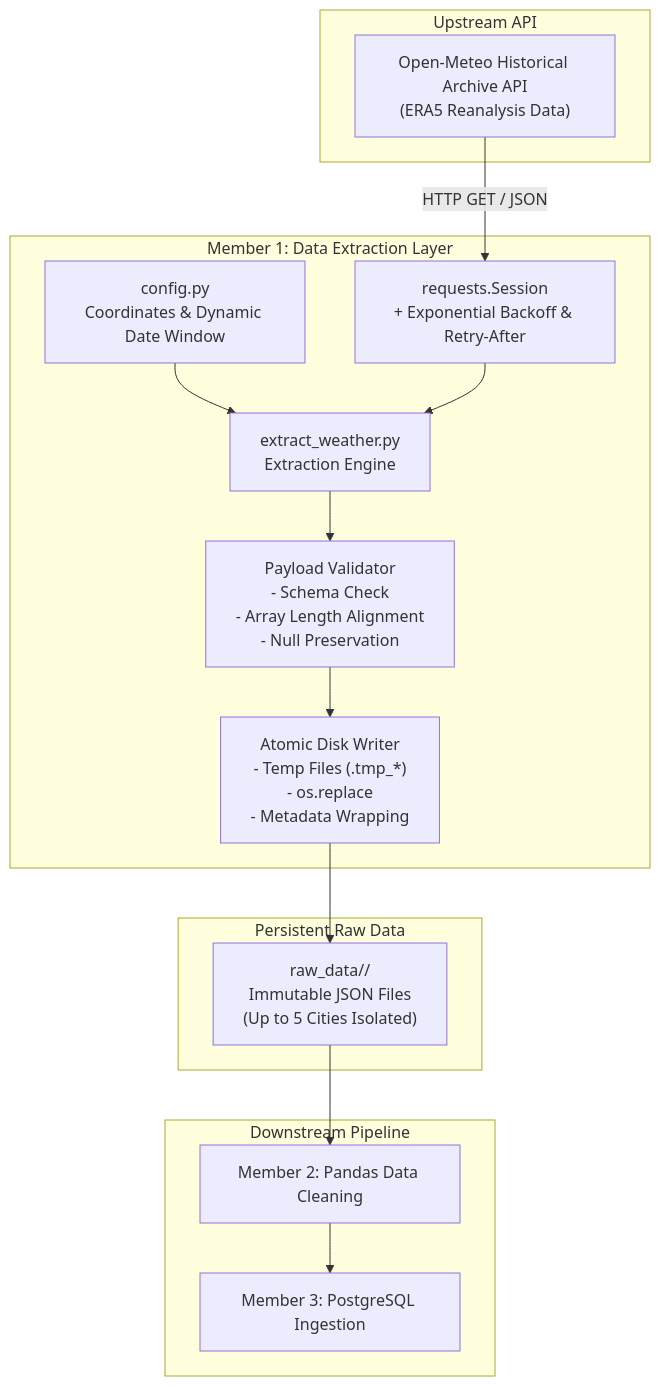
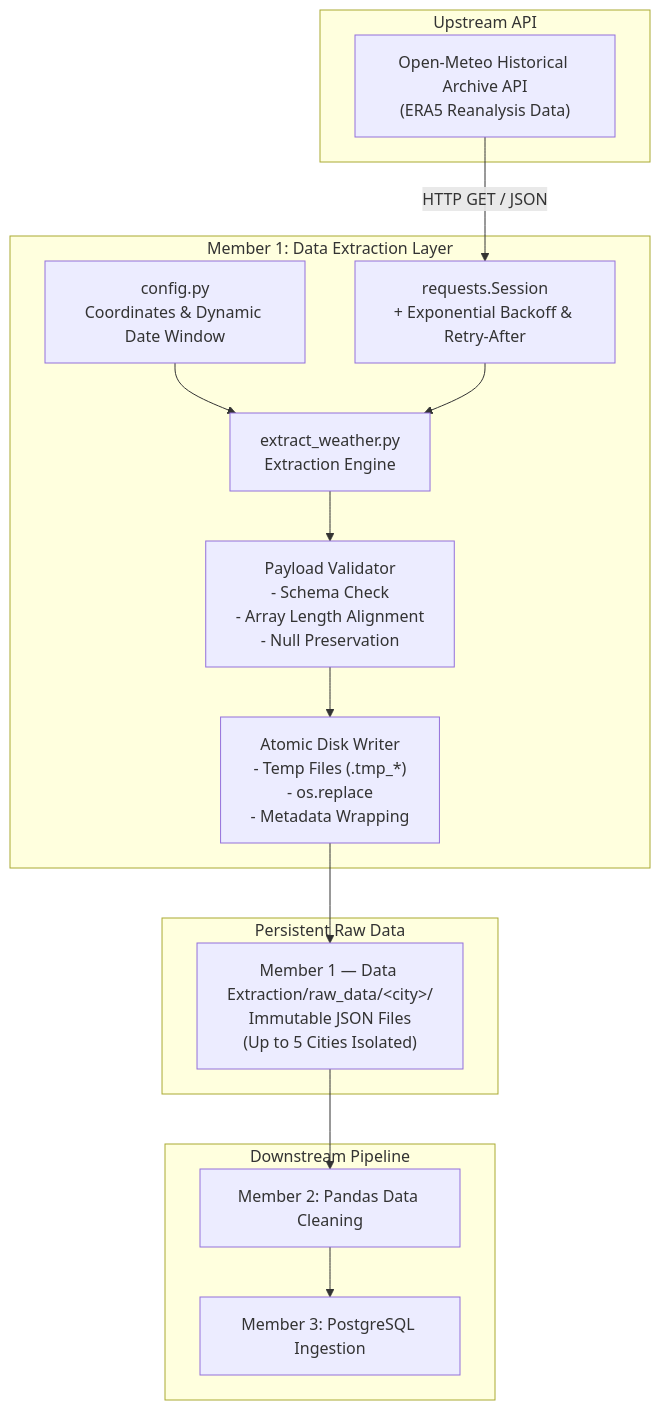
The diagram in README.md (usefx007/Weather-Data-Pipeline-with-Python-and-PostgreSQL), drawn with Mermaid before and after one commit. The commit also changed other lines of this file and 14 other files, not shown here.

````diff
--- a/README.md
+++ b/README.md
@@ -27,23 +28,23 @@
 ```mermaid
 flowchart TD
     subgraph Upstream ["Upstream API"]
         API["Open-Meteo Historical Archive API<br/>(ERA5 Reanalysis Data)"]
     end
 
     subgraph Member1 ["Member 1: Data Extraction Layer"]
         CFG["config.py<br/>Coordinates & Dynamic Date Window"] --> ENGINE["extract_weather.py<br/>Extraction Engine"]
-        API --> |HTTP GET / JSON| SESS["requests.Session<br/>+ Exponential Backoff & Retry-After"]
+        API -->|HTTP GET / JSON| SESS["requests.Session<br/>+ Exponential Backoff & Retry-After"]
         SESS --> ENGINE
         ENGINE --> VAL["Payload Validator<br/>- Schema Check<br/>- Array Length Alignment<br/>- Null Preservation"]
         VAL --> ATOMIC["Atomic Disk Writer<br/>- Temp Files (.tmp_*)<br/>- os.replace<br/>- Metadata Wrapping"]
     end
 
     subgraph Storage ["Persistent Raw Data"]
-        ATOMIC --> RAW["raw_data/<city>/<br/>Immutable JSON Files<br/>(Up to 5 Cities Isolated)"]
+        ATOMIC --> RAW["Member 1 — Data Extraction/raw_data/&lt;city&gt;/<br/>Immutable JSON Files<br/>(Up to 5 Cities Isolated)"]
     end
 
     subgraph Downstream ["Downstream Pipeline"]
         RAW --> M2["Member 2: Pandas Data Cleaning"]
         M2 --> M3["Member 3: PostgreSQL Ingestion"]
     end
 ```
````
